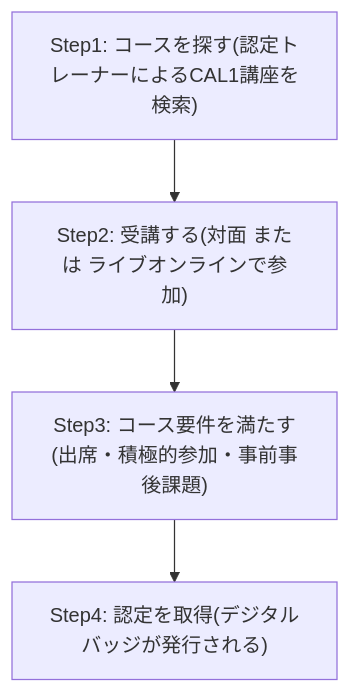
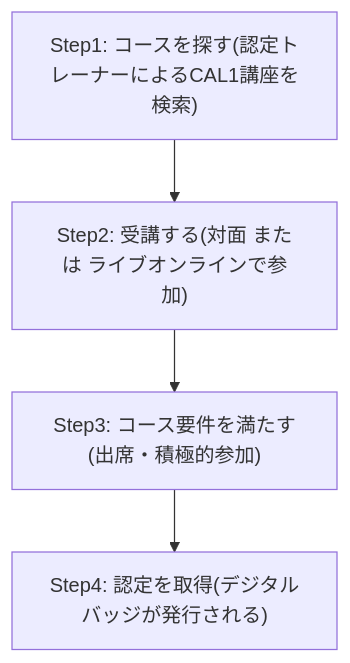
One commit to myoshi2891/Management-Team-Building-Studies changed the second of 7 diagrams in Cal1-certified-agile-leader-1-guide.md. Above: the diagram before and after it, drawn with Mermaid. The commit also changed other lines of this file, not shown here.

````diff
--- a/Cal1-certified-agile-leader-1-guide.md
+++ b/Cal1-certified-agile-leader-1-guide.md
@@ -79,6 +79,6 @@
 ```mermaid
 flowchart TD
     S1["Step1: コースを探す(認定トレーナーによるCAL1講座を検索)"] --> S2["Step2: 受講する(対面 または ライブオンラインで参加)"]
-    S2 --> S3["Step3: コース要件を満たす(出席・積極的参加・事前事後課題)"]
+    S2 --> S3["Step3: コース要件を満たす(出席・積極的参加)"]
     S3 --> S4["Step4: 認定を取得(デジタルバッジが発行される)"]
 ```
````
